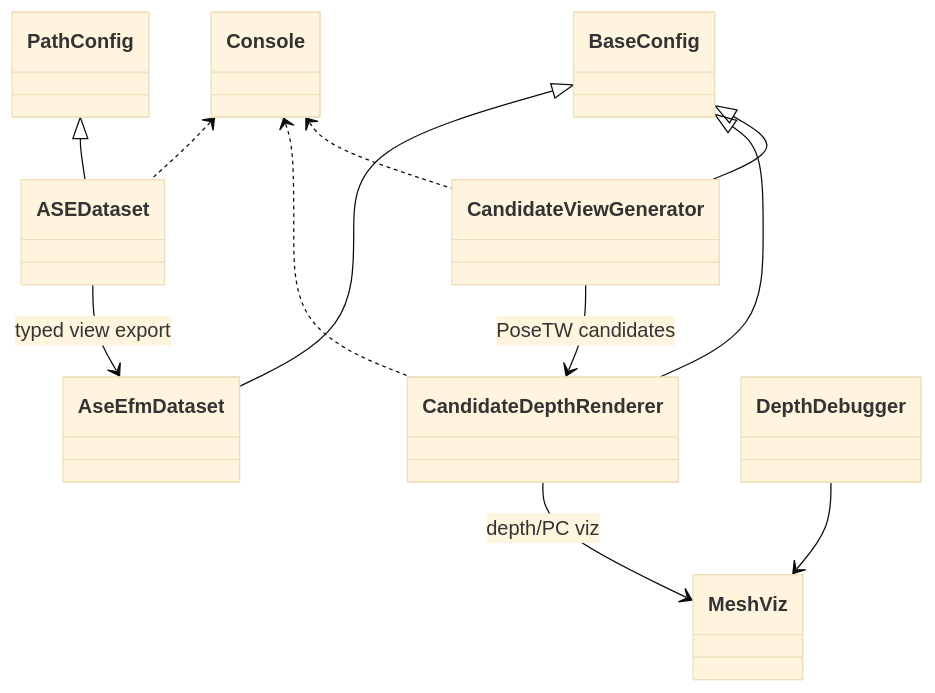
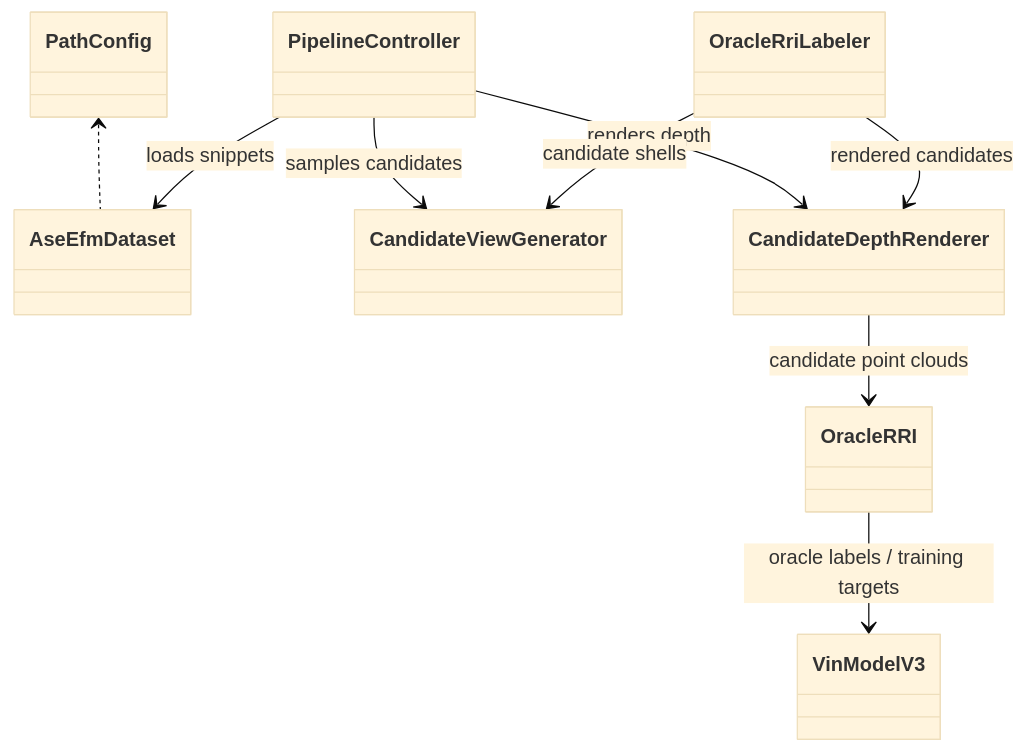
The second of 2 diagrams in docs/contents/impl/aria_nbv_overview.qmd (JanDuchscherer104/ARIA-NBV), drawn with Mermaid (base theme) before and after one commit. The commit also changed other lines of this file and 20 other files, not shown here.

````diff
--- a/docs/contents/impl/aria_nbv_overview.qmd
+++ b/docs/contents/impl/aria_nbv_overview.qmd
@@ -76,24 +84,20 @@
 ```{mermaid}
 classDiagram
     class PathConfig
-    class BaseConfig
-    class Console
-    class ASEDataset
     class AseEfmDataset
+    class PipelineController
+    class OracleRriLabeler
     class CandidateViewGenerator
     class CandidateDepthRenderer
-    class DepthDebugger
-    class MeshViz
+    class OracleRRI
+    class VinModelV3
 
-    PathConfig <|-- ASEDataset
-    BaseConfig <|-- CandidateViewGenerator
-    BaseConfig <|-- CandidateDepthRenderer
-    BaseConfig <|-- AseEfmDataset
-    Console <.. CandidateViewGenerator
-    Console <.. CandidateDepthRenderer
-    Console <.. ASEDataset
-    ASEDataset --> AseEfmDataset : typed view export
-    CandidateViewGenerator --> CandidateDepthRenderer : PoseTW candidates
-    CandidateDepthRenderer --> MeshViz : depth/PC viz
-    DepthDebugger --> MeshViz
+    PathConfig <.. AseEfmDataset
+    PipelineController --> AseEfmDataset : loads snippets
+    PipelineController --> CandidateViewGenerator : samples candidates
+    PipelineController --> CandidateDepthRenderer : renders depth
+    OracleRriLabeler --> CandidateViewGenerator : candidate shells
+    OracleRriLabeler --> CandidateDepthRenderer : rendered candidates
+    CandidateDepthRenderer --> OracleRRI : candidate point clouds
+    OracleRRI --> VinModelV3 : oracle labels / training targets
 ```
````
